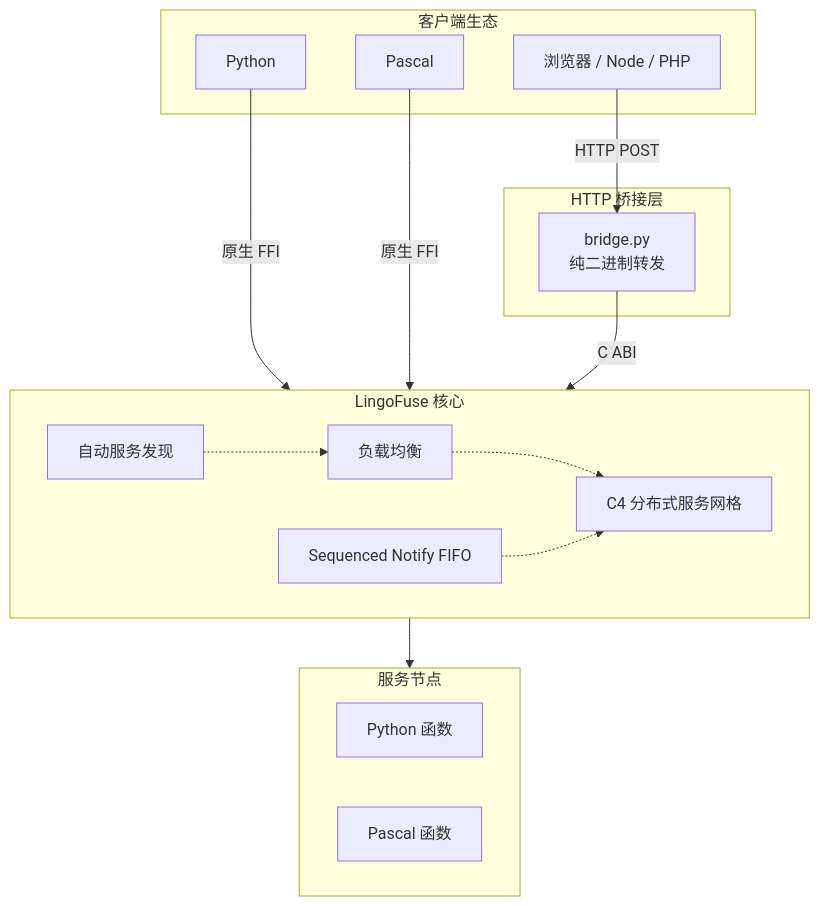
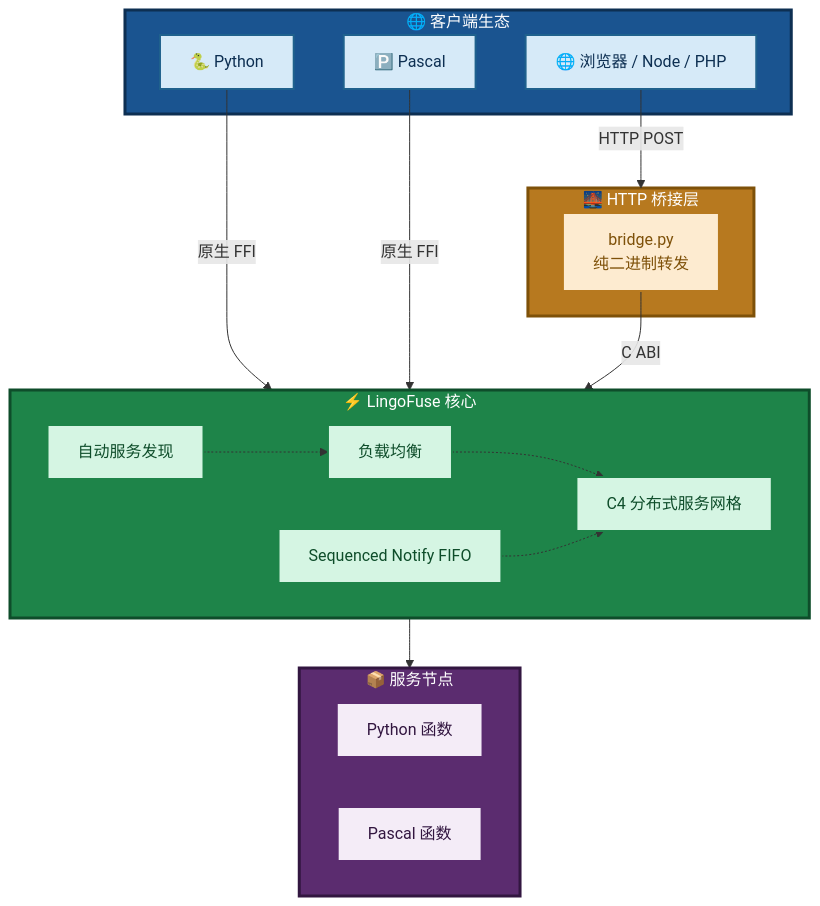
Before and after one commit to PassByYou888/LingoFuse-pasAgent: the second of 16 diagrams in LingoFuse_Python_Binding_Migration_Record.md, drawn with Mermaid. The commit also changed other lines of this file, not shown here.

````diff
--- a/LingoFuse_Python_Binding_Migration_Record.md
+++ b/LingoFuse_Python_Binding_Migration_Record.md
@@ -77,33 +85,48 @@
 ```mermaid
 flowchart TB
-    subgraph Clients["客户端生态"]
-        Py["Python"]
-        Pas["Pascal"]
-        Web["浏览器 / Node / PHP"]
+    subgraph CLIENTS["🌐 客户端生态"]
+        Py["🐍 Python"]
+        Pas["🅿️ Pascal"]
+        Web["🌐 浏览器 / Node / PHP"]
     end
 
-    subgraph Gateway["HTTP 桥接层"]
+    subgraph GATEWAY["🌉 HTTP 桥接层"]
         Flask["bridge.py<br/>纯二进制转发"]
     end
 
-    subgraph Core["LingoFuse 核心"]
-        C4Grid["C4 分布式服务网格"]
-        Discovery["自动服务发现"]
+    subgraph CORE["⚡ LingoFuse 核心"]
+        C4["C4 分布式服务网格"]
+        Discover["自动服务发现"]
         LB["负载均衡"]
         Seq["Sequenced Notify FIFO"]
     end
 
-    subgraph Nodes["服务节点"]
+    subgraph NODES["📦 服务节点"]
         PyNode["Python 函数"]
         PasNode["Pascal 函数"]
     end
 
-    Py -->|原生 FFI| Core
-    Pas -->|原生 FFI| Core
-    Web -->|HTTP POST| Flask
-    Flask -->|C ABI| Core
-    Core --> Nodes
-    Discovery -.-> LB
-    LB -.-> C4Grid
-    Seq -.-> C4Grid
+    Py -->|"原生 FFI"| CORE
+    Pas -->|"原生 FFI"| CORE
+    Web -->|"HTTP POST"| GATEWAY
+    Flask -->|"C ABI"| CORE
+    CORE --> NODES
+    Discover -.-> LB
+    LB -.-> C4
+    Seq -.-> C4
+
+    style CLIENTS fill:#1A5490,stroke:#0D2F52,stroke-width:3px,color:#FFFFFF
+    style GATEWAY fill:#B7791F,stroke:#7E5109,stroke-width:3px,color:#FFFFFF
+    style CORE fill:#1E8449,stroke:#0E4D2A,stroke-width:3px,color:#FFFFFF
+    style NODES fill:#5B2C6F,stroke:#321640,stroke-width:3px,color:#FFFFFF
+    style Py fill:#D6EAF8,stroke:#1F618D,stroke-width:2px,color:#0D2F52
+    style Pas fill:#D6EAF8,stroke:#1F618D,stroke-width:2px,color:#0D2F52
+    style Web fill:#D6EAF8,stroke:#1F618D,stroke-width:2px,color:#0D2F52
+    style Flask fill:#FDEBD0,stroke:#B7791F,stroke-width:2px,color:#7E5109
+    style C4 fill:#D5F5E3,stroke:#1E8449,stroke-width:2px,color:#0E4D2A
+    style Discover fill:#D5F5E3,stroke:#1E8449,stroke-width:2px,color:#0E4D2A
+    style LB fill:#D5F5E3,stroke:#1E8449,stroke-width:2px,color:#0E4D2A
+    style Seq fill:#D5F5E3,stroke:#1E8449,stroke-width:2px,color:#0E4D2A
+    style PyNode fill:#F4ECF7,stroke:#5B2C6F,stroke-width:2px,color:#321640
+    style PasNode fill:#F4ECF7,stroke:#5B2C6F,stroke-width:2px,color:#321640
 ```
````
